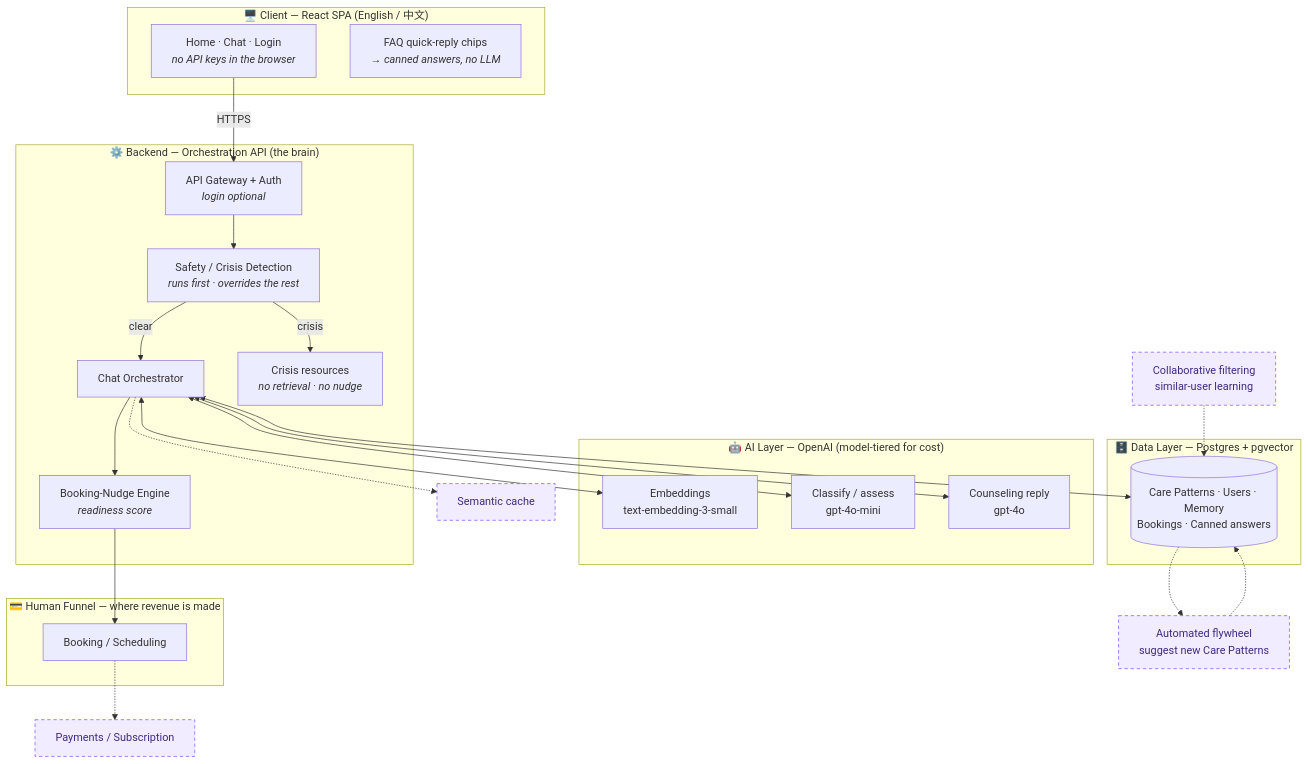
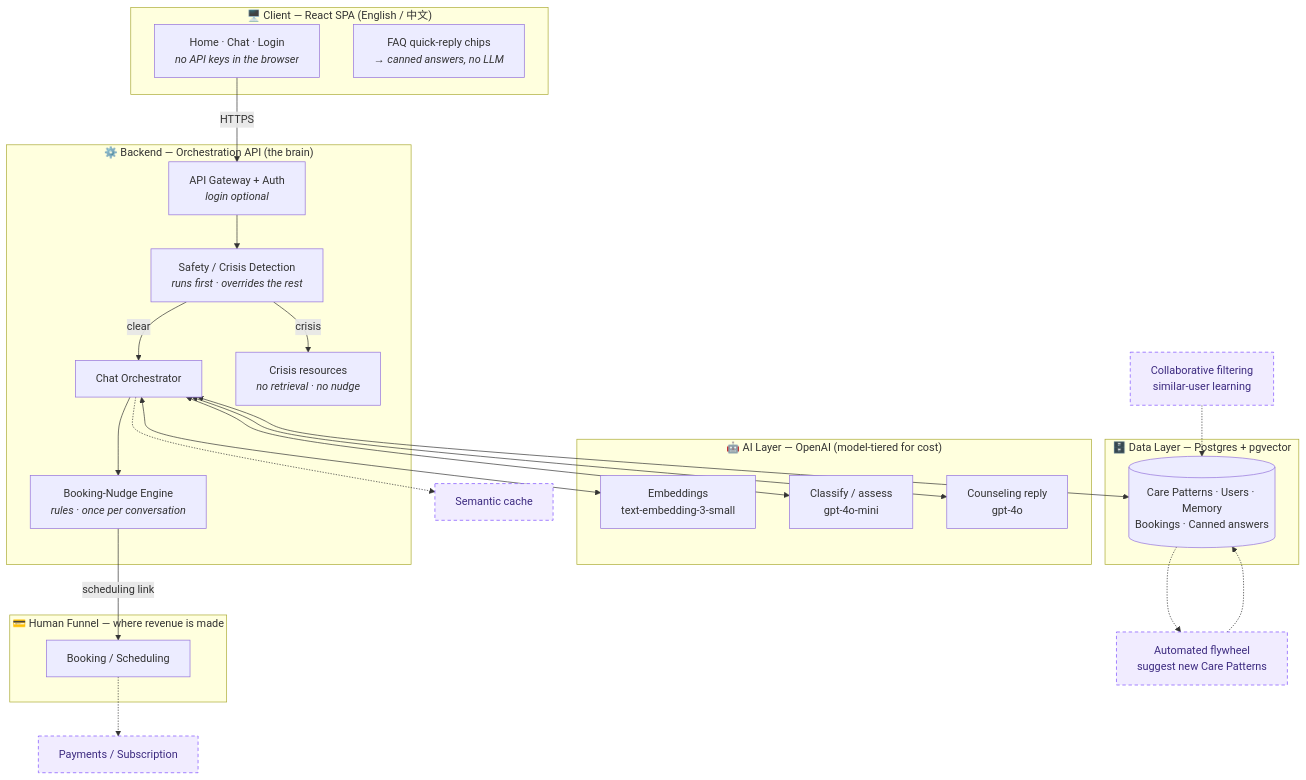
Before and after one commit to Jing-Qu-jq/inner-sun: the first of 3 diagrams in docs/ARCHITECTURE.md, drawn with Mermaid. The commit also changed other lines of this file and 30 other files, not shown here.

First line of the commit message:
feat(api,web): Phase 1 · Feature 11 — Booking nudge + "talk to a human" path (#22)

````diff
--- a/docs/ARCHITECTURE.md
+++ b/docs/ARCHITECTURE.md
@@ -35,49 +35,49 @@
 ```mermaid
 flowchart TD
     subgraph Client["🖥️ Client — React SPA (English / 中文)"]
         UI["Home · Chat · Login<br/><i>no API keys in the browser</i>"]
         FAQ["FAQ quick-reply chips<br/><i>→ canned answers, no LLM</i>"]
     end
     UI -->|HTTPS| API
     subgraph Backend["⚙️ Backend — Orchestration API (the brain)"]
         API["API Gateway + Auth<br/><i>login optional</i>"]
         SAFE["Safety / Crisis Detection<br/><i>runs first · overrides the rest</i>"]
         ORCH["Chat Orchestrator"]
-        NUDGE["Booking-Nudge Engine<br/><i>readiness score</i>"]
+        NUDGE["Booking-Nudge Engine<br/><i>rules · once per conversation</i>"]
         CRISISOUT["Crisis resources<br/><i>no retrieval · no nudge</i>"]
     end
     API --> SAFE
     SAFE -->|"crisis"| CRISISOUT
     SAFE -->|"clear"| ORCH
     ORCH --> NUDGE
     subgraph AI["🤖 AI Layer — OpenAI (model-tiered for cost)"]
         EMB["Embeddings<br/>text-embedding-3-small"]
         CLASSIFY["Classify / assess<br/>gpt-4o-mini"]
         GEN["Counseling reply<br/>gpt-4o"]
     end
     subgraph Data["🗄️ Data Layer — Postgres + pgvector"]
         PG[("Care Patterns · Users · Memory<br/>Bookings · Canned answers")]
     end
     ORCH <--> EMB
     ORCH <--> CLASSIFY
     ORCH <--> GEN
     ORCH <--> PG
     subgraph Human["💳 Human Funnel — where revenue is made"]
         BOOK["Booking / Scheduling"]
     end
-    NUDGE --> BOOK
+    NUDGE -->|"scheduling link"| BOOK
 
     %% ---- Future (v2+) ----
     SEM["Semantic cache"]
     CF["Collaborative filtering<br/>similar-user learning"]
     PAY["Payments / Subscription"]
     FLY["Automated flywheel<br/>suggest new Care Patterns"]
     ORCH -.-> SEM
     BOOK -.-> PAY
     CF -.-> PG
     PG -.-> FLY
     FLY -.-> PG
 
     classDef future stroke-dasharray:5 4,stroke:#7c4dff,fill:#f1ecff,color:#3d2b80;
     class SEM,CF,PAY,FLY future;
 ```
````
